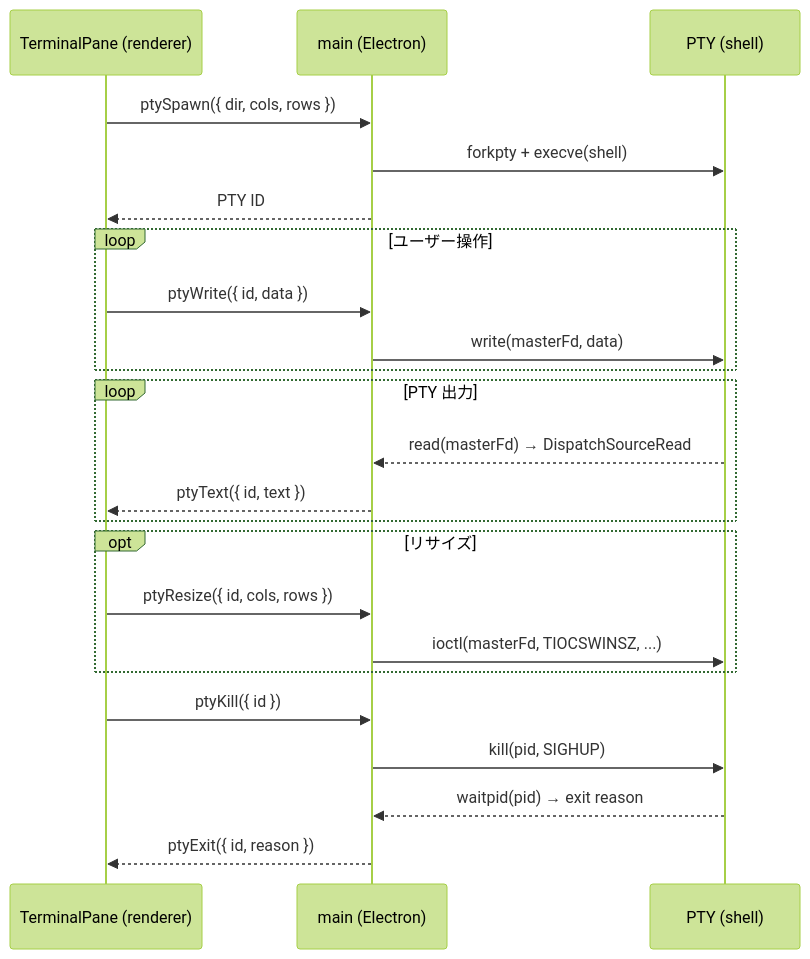
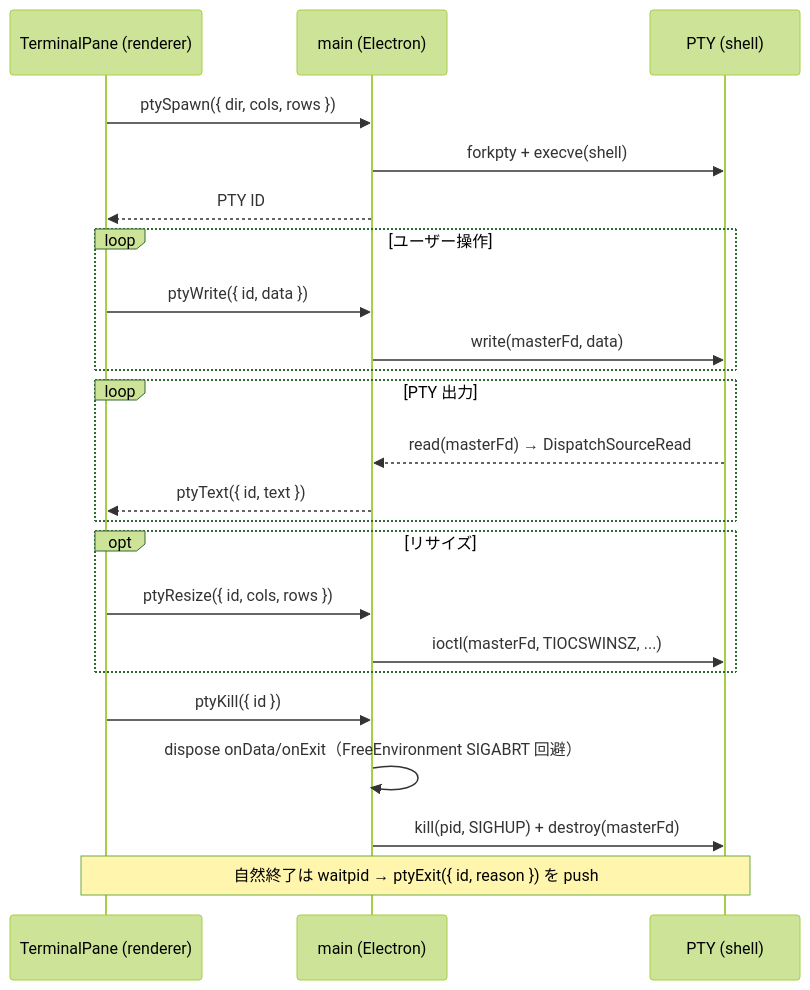
The diagram in docs/terminal.md (miyaoka/gozd), drawn with Mermaid (forest theme) before and after one commit. The commit also changed other lines of this file and 1 other file, not shown here.

Commit message:
fix(pty): dispose node-pty listeners before kill to stop exit SIGABRT
intent(pty): アプリ終了時に Electron が SIGABRT で crash し、ターミナルを閉じても配下のサーバー子プロセスが残る問題を解消したい
decision(pty): onData/onExit の IDisposable を保持し teardownPty で kill より先に dispose。さらに destroy() で ptmx master を閉じ、tty hangup で foreground process group を掃除しつつ fd リークも防ぐ
rejected(pty): before-quit で preventDefault して全 onExit を待つ非同期案 + process.kill(-pid) のグループ kill は、真因（未 dispose の listener）でなく症状を叩き、遅延シグナルで pid recycling 誤爆も招くため却下
learned(node-pty): 未 dispose の onData/onExit は native ThreadSafeFunction callback を node::FreeEnvironment() まで残し、破壊済み env 上で NAPI が呼ぶと SIGABRT する。destroy の遅延 SIGHUP は reaped 後の recycled pid に着弾しうるため destroy 前に kill を no-op 化する

````diff
--- a/docs/terminal.md
+++ b/docs/terminal.md
@@ -26,30 +26,31 @@
 ```mermaid
 sequenceDiagram
     participant R as TerminalPane (renderer)
     participant N as main (Electron)
     participant P as PTY (shell)
 
     R->>N: ptySpawn({ dir, cols, rows })
     N->>P: forkpty + execve(shell)
     N-->>R: PTY ID
 
     loop ユーザー操作
         R->>N: ptyWrite({ id, data })
         N->>P: write(masterFd, data)
     end
 
     loop PTY 出力
         P-->>N: read(masterFd) → DispatchSourceRead
         N-->>R: ptyText({ id, text })
     end
 
     opt リサイズ
         R->>N: ptyResize({ id, cols, rows })
         N->>P: ioctl(masterFd, TIOCSWINSZ, ...)
     end
 
     R->>N: ptyKill({ id })
-    N->>P: kill(pid, SIGHUP)
-    P-->>N: waitpid(pid) → exit reason
-    N-->>R: ptyExit({ id, reason })
+    N->>N: dispose onData/onExit（FreeEnvironment SIGABRT 回避）
+    N->>P: kill(pid, SIGHUP) + destroy(masterFd)
+
+    Note over P,R: 自然終了は waitpid → ptyExit({ id, reason }) を push
 ```
````
